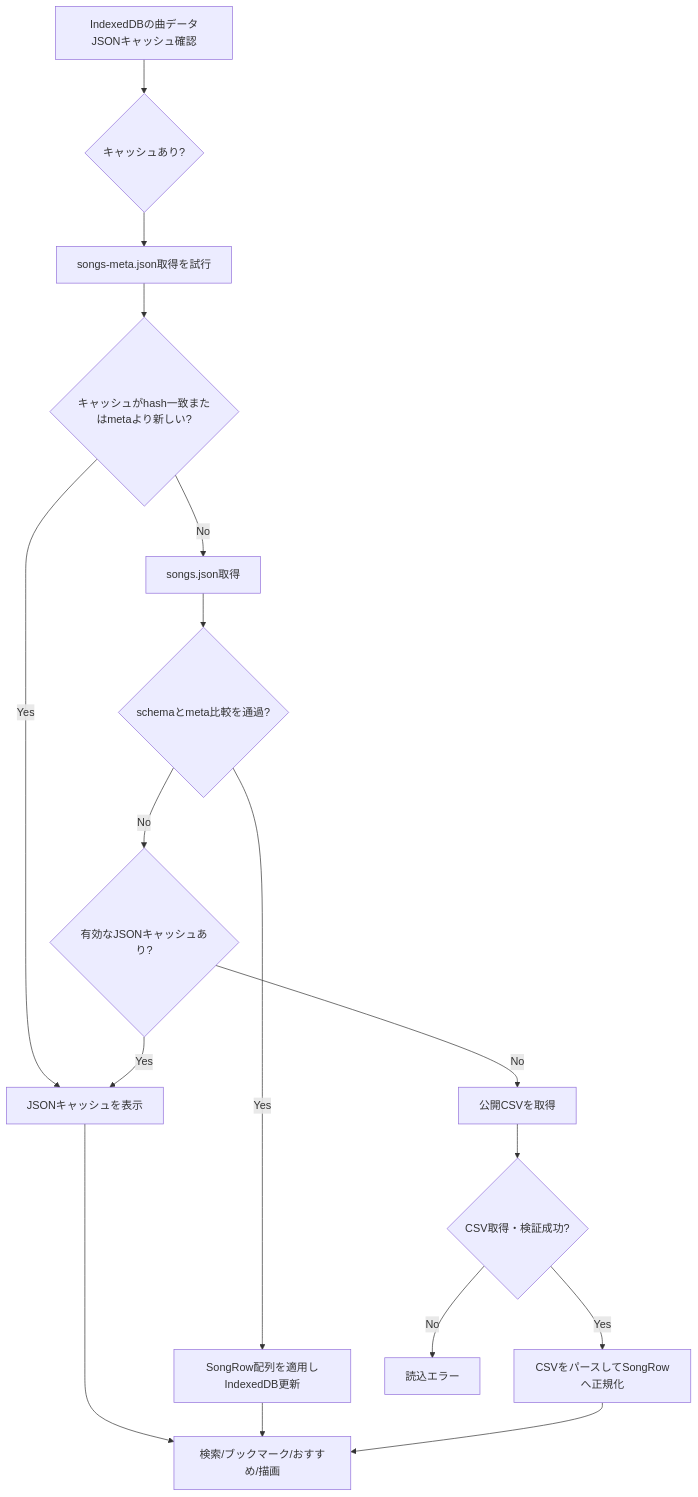
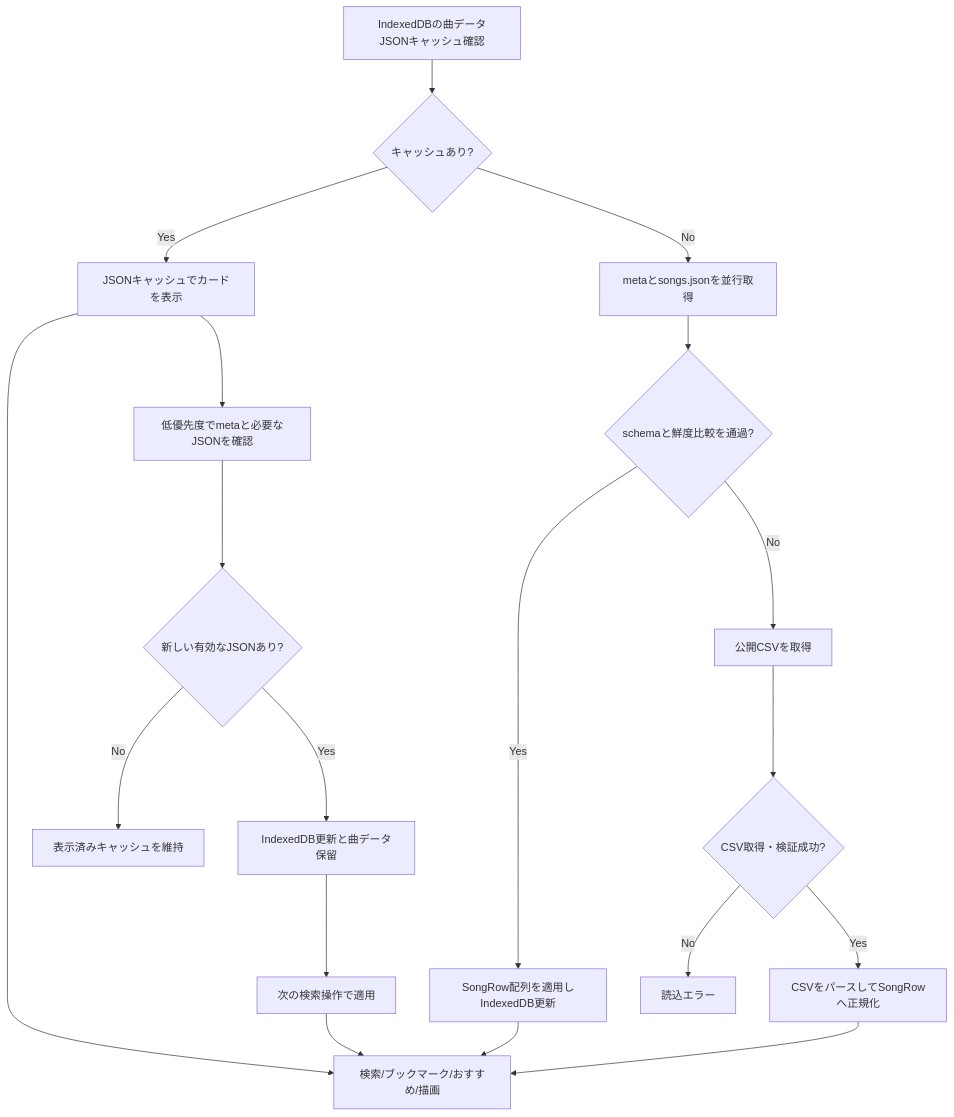
Before and after one commit to an-oa/devel-knksongs: the first of 3 diagrams in DESIGN.md, drawn with Mermaid. The commit also changed other lines of this file and 15 other files, not shown here.

````diff
--- a/DESIGN.md
+++ b/DESIGN.md
@@ -147,19 +153,21 @@
 ```mermaid
 flowchart TD
     A[IndexedDBの曲データJSONキャッシュ確認] --> B{キャッシュあり?}
-    B --> C[songs-meta.json取得を試行]
-    C --> D{キャッシュがhash一致またはmetaより新しい?}
-    D -- Yes --> E[JSONキャッシュを表示]
-    D -- No --> F[songs.json取得]
-    F --> G{schemaとmeta比較を通過?}
-    G -- Yes --> H[SongRow配列を適用しIndexedDB更新]
-    G -- No --> L{有効なJSONキャッシュあり?}
-    L -- Yes --> E
-    L -- No --> I[公開CSVを取得]
+    B -- Yes --> E[JSONキャッシュでカードを表示]
+    E --> C[低優先度でmetaと必要なJSONを確認]
+    C --> D{新しい有効なJSONあり?}
+    D -- Yes --> H[IndexedDB更新と曲データ保留]
+    D -- No --> O[表示済みキャッシュを維持]
+    H --> P[次の検索操作で適用]
+    B -- No --> F[metaとsongs.jsonを並行取得]
+    F --> G{schemaと鮮度比較を通過?}
+    G -- Yes --> Q[SongRow配列を適用しIndexedDB更新]
+    G -- No --> I[公開CSVを取得]
     I --> J{CSV取得・検証成功?}
     J -- Yes --> K[CSVをパースしてSongRowへ正規化]
     J -- No --> M[読込エラー]
     E --> N[検索/ブックマーク/おすすめ/描画]
-    H --> N
+    P --> N
+    Q --> N
     K --> N
 ```
````
